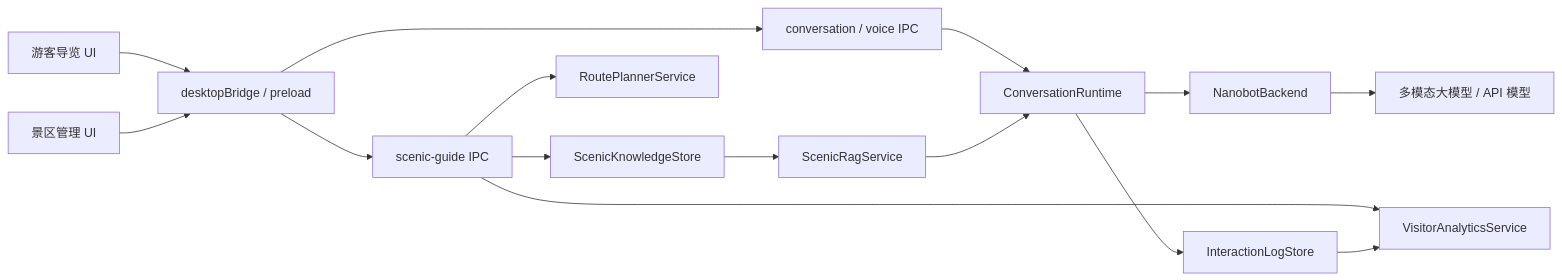
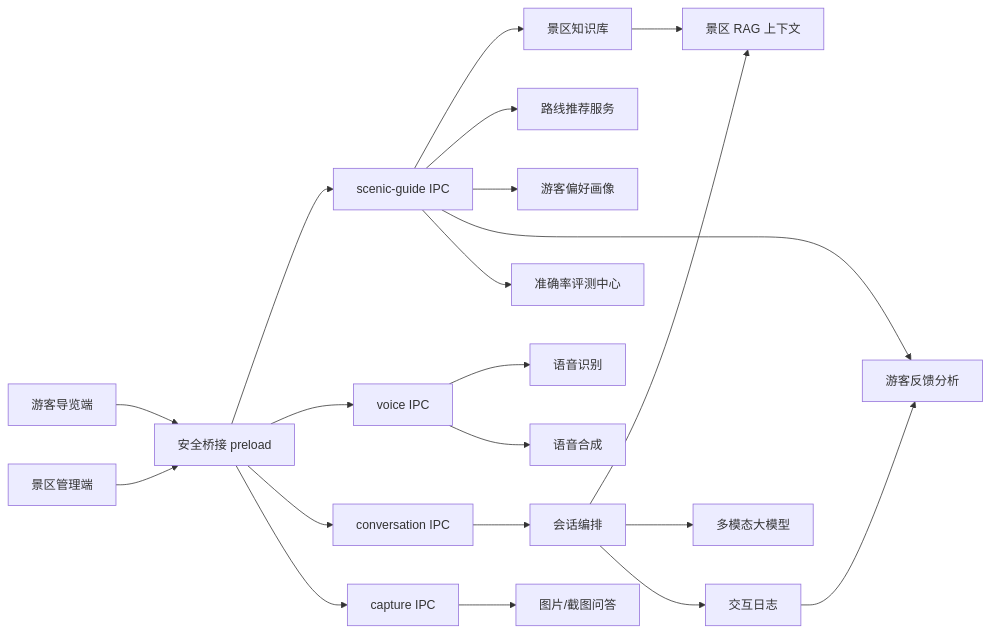
Before and after one commit to pixelsama/OtakuClaw: the diagram in docs/景区导览服务AI数字人赛题适配改造方案-2026-05-04.md, drawn with Mermaid. The commit also changed other lines of this file, not shown here.

Commit message:
docs: refine scenic guide competition plan for judging

````diff
--- a/docs/景区导览服务AI数字人赛题适配改造方案-2026-05-04.md
+++ b/docs/景区导览服务AI数字人赛题适配改造方案-2026-05-04.md
@@ -112,17 +131,27 @@
 ```mermaid
 flowchart LR
-  Visitor["游客导览 UI"] --> Bridge["desktopBridge / preload"]
-  Admin["景区管理 UI"] --> Bridge
-  Bridge --> ScenicIpc["scenic-guide IPC"]
-  Bridge --> ConversationIpc["conversation / voice IPC"]
-  ScenicIpc --> Knowledge["ScenicKnowledgeStore"]
-  ScenicIpc --> Route["RoutePlannerService"]
-  ScenicIpc --> Analytics["VisitorAnalyticsService"]
-  ConversationIpc --> Runtime["ConversationRuntime"]
-  Runtime --> Backend["NanobotBackend"]
-  Backend --> LLM["多模态大模型 / API 模型"]
-  Knowledge --> Rag["ScenicRagService"]
-  Rag --> Runtime
-  Runtime --> Logs["InteractionLogStore"]
+  Visitor["游客导览端"] --> Preload["安全桥接 preload"]
+  Admin["景区管理端"] --> Preload
+
+  Preload --> ScenicIpc["scenic-guide IPC"]
+  Preload --> VoiceIpc["voice IPC"]
+  Preload --> ConversationIpc["conversation IPC"]
+  Preload --> CaptureIpc["capture IPC"]
+
+  ScenicIpc --> Knowledge["景区知识库"]
+  ScenicIpc --> Route["路线推荐服务"]
+  ScenicIpc --> Profile["游客偏好画像"]
+  ScenicIpc --> Analytics["游客反馈分析"]
+  ScenicIpc --> Eval["准确率评测中心"]
+
+  ConversationIpc --> Runtime["会话编排"]
+  Runtime --> Rag["景区 RAG 上下文"]
+  Runtime --> LLM["多模态大模型"]
+  VoiceIpc --> ASR["语音识别"]
+  VoiceIpc --> TTS["语音合成"]
+  CaptureIpc --> Vision["图片/截图问答"]
+
+  Runtime --> Logs["交互日志"]
   Logs --> Analytics
+  Knowledge --> Rag
 ```
````
